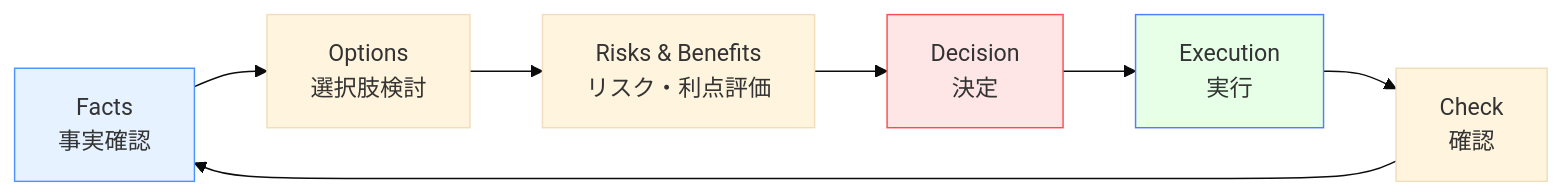
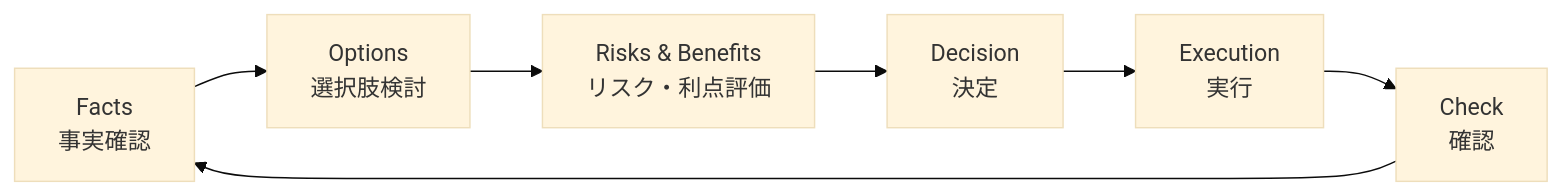
The second of 12 diagrams in docs/applications/aviation-dm.md (shuji-bonji/Situational-Awareness-and-Decision-Making), drawn with Mermaid (base theme) before and after one commit. The commit also changed other lines of this file and 49 other files, not shown here.

Commit message:
fix: ダークモードで見づらい図の色の変更

````diff
--- a/docs/applications/aviation-dm.md
+++ b/docs/applications/aviation-dm.md
@@ -64,13 +58,9 @@
     ```mermaid
     graph LR
         F[Facts<br>事実確認] --> O[Options<br>選択肢検討]
         O --> R[Risks & Benefits<br>リスク・利点評価]
         R --> D[Decision<br>決定]
         D --> E[Execution<br>実行]
         E --> C[Check<br>確認]
         C --> F
-        
-        style F fill:#e6f2ff,stroke:#4d94ff
-        style D fill:#ffe6e6,stroke:#ff4d4d
-        style E fill:#e6ffe6,stroke:#4d7fff
     ```
````
